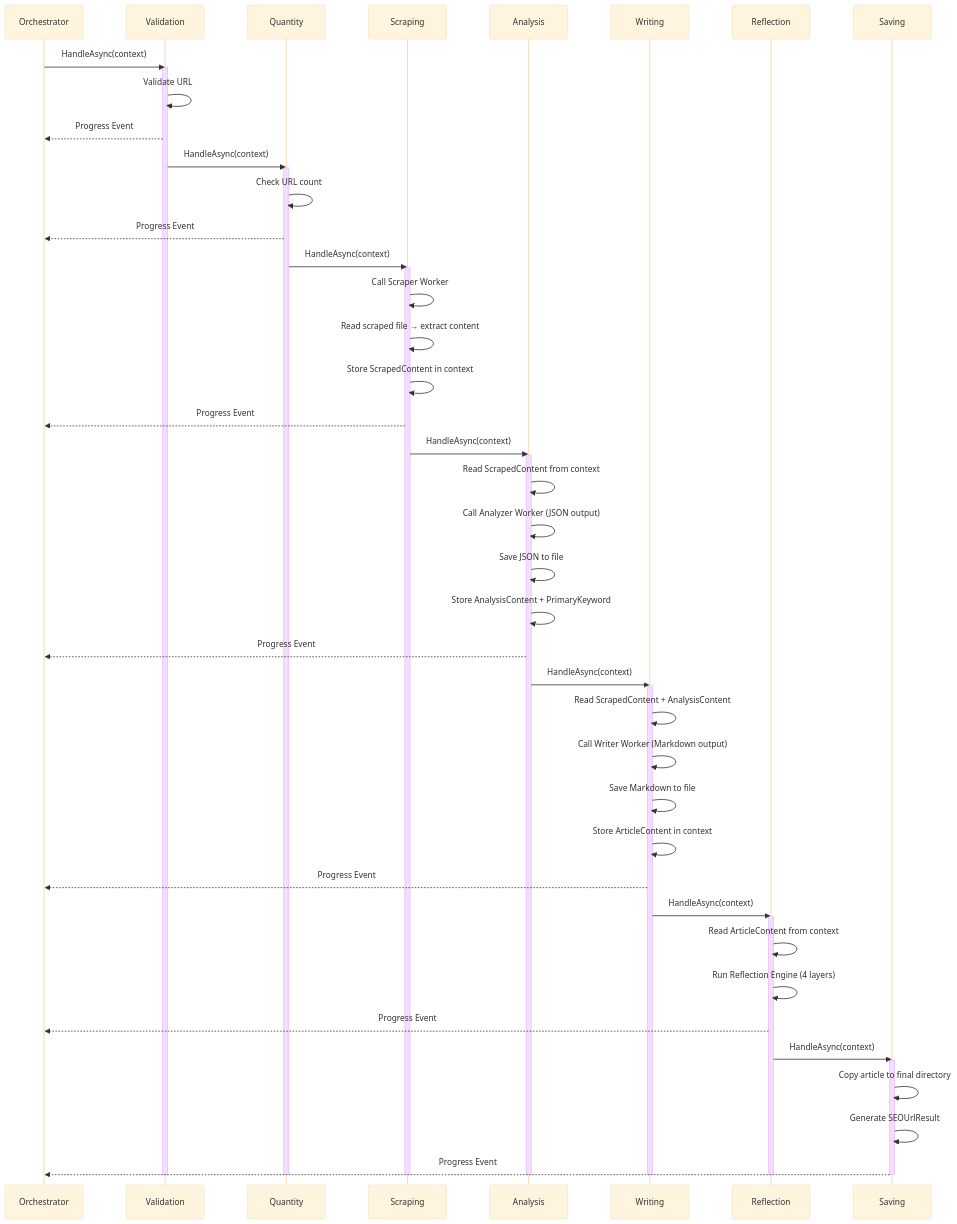
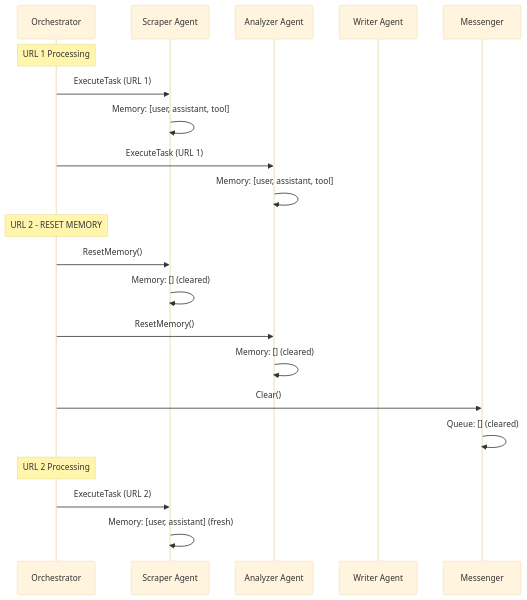
The fifth of 11 diagrams in SEO_Architecture_Design_VN.md (hoangnc/VNMLAgentFramework), drawn with Mermaid (base theme) before and after one commit. The commit also changed other lines of this file, not shown here.

````diff
--- a/SEO_Architecture_Design_VN.md
+++ b/SEO_Architecture_Design_VN.md
@@ -286,57 +314,26 @@
 ```mermaid
 sequenceDiagram
     participant O as Orchestrator
-    participant V as Validation
-    participant Q as Quantity
-    participant S as Scraping
-    participant A as Analysis
-    participant W as Writing
-    participant R as Reflection
-    participant SV as Saving
+    participant W1 as Scraper Agent
+    participant W2 as Analyzer Agent
+    participant W3 as Writer Agent
+    participant M as Messenger
 
-    O->>V: HandleAsync(context)
-    activate V
-    V->>V: Validate URL
-    V-->>O: Progress Event
-    V->>Q: HandleAsync(context)
-    activate Q
-    Q->>Q: Check URL count
-    Q-->>O: Progress Event
-    Q->>S: HandleAsync(context)
-    activate S
-    S->>S: Call Scraper Worker
-    S->>S: Read scraped file → extract content
-    S->>S: Store ScrapedContent in context
-    S-->>O: Progress Event
-    S->>A: HandleAsync(context)
-    activate A
-    A->>A: Read ScrapedContent from context
-    A->>A: Call Analyzer Worker (JSON output)
-    A->>A: Save JSON to file
-    A->>A: Store AnalysisContent + PrimaryKeyword
-    A-->>O: Progress Event
-    A->>W: HandleAsync(context)
-    activate W
-    W->>W: Read ScrapedContent + AnalysisContent
-    W->>W: Call Writer Worker (Markdown output)
-    W->>W: Save Markdown to file
-    W->>W: Store ArticleContent in context
-    W-->>O: Progress Event
-    W->>R: HandleAsync(context)
-    activate R
-    R->>R: Read ArticleContent from context
-    R->>R: Run Reflection Engine (4 layers)
-    R-->>O: Progress Event
-    R->>SV: HandleAsync(context)
-    activate SV
-    SV->>SV: Copy article to final directory
-    SV->>SV: Generate SEOUrlResult
-    SV-->>O: Progress Event
-    deactivate SV
-    deactivate R
-    deactivate W
-    deactivate A
-    deactivate S
-    deactivate Q
-    deactivate V
+    Note over O: URL 1 Processing
+    O->>W1: ExecuteTask (URL 1)
+    W1->>W1: Memory: [user, assistant, tool]
+    O->>W2: ExecuteTask (URL 1)
+    W2->>W2: Memory: [user, assistant, tool]
+
+    Note over O: URL 2 - RESET MEMORY
+    O->>W1: ResetMemory()
+    W1->>W1: Memory: [] (cleared)
+    O->>W2: ResetMemory()
+    W2->>W2: Memory: [] (cleared)
+    O->>M: Clear()
+    M->>M: Queue: [] (cleared)
+
+    Note over O: URL 2 Processing
+    O->>W1: ExecuteTask (URL 2)
+    W1->>W1: Memory: [user, assistant] (fresh)
 ```
````
